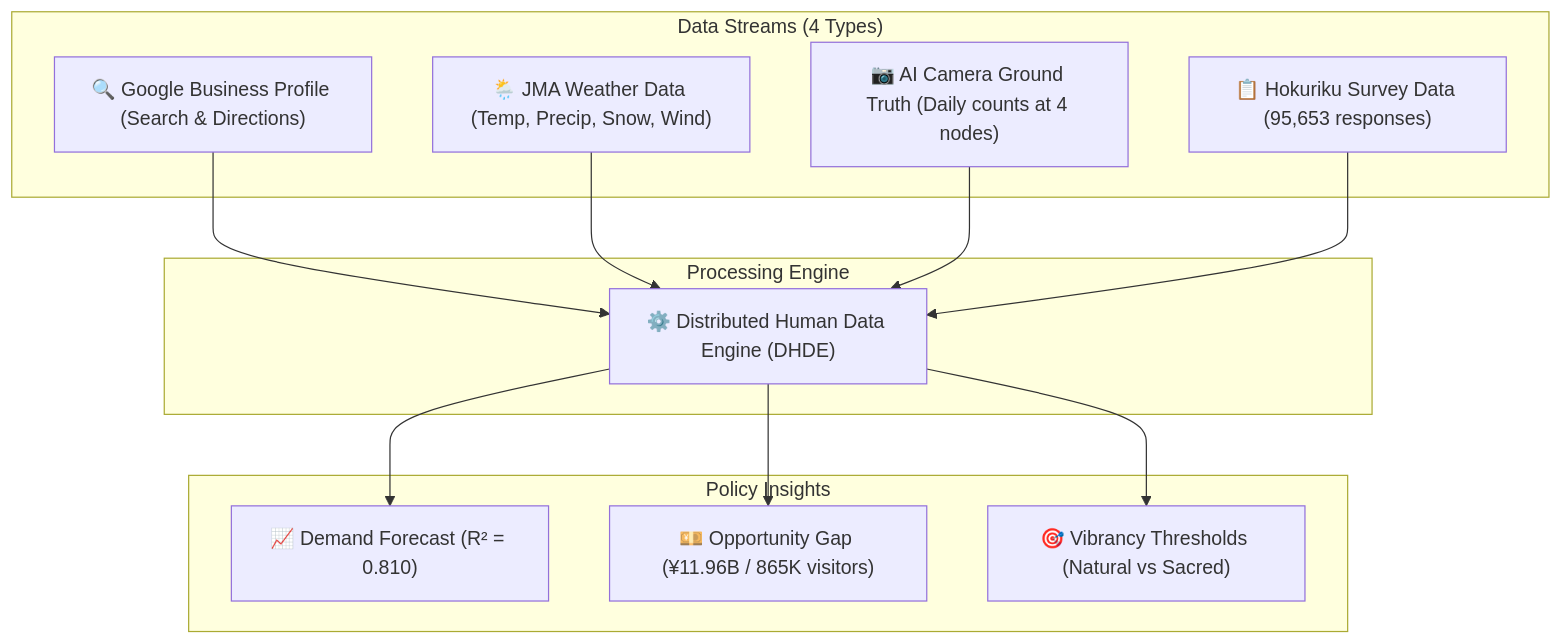
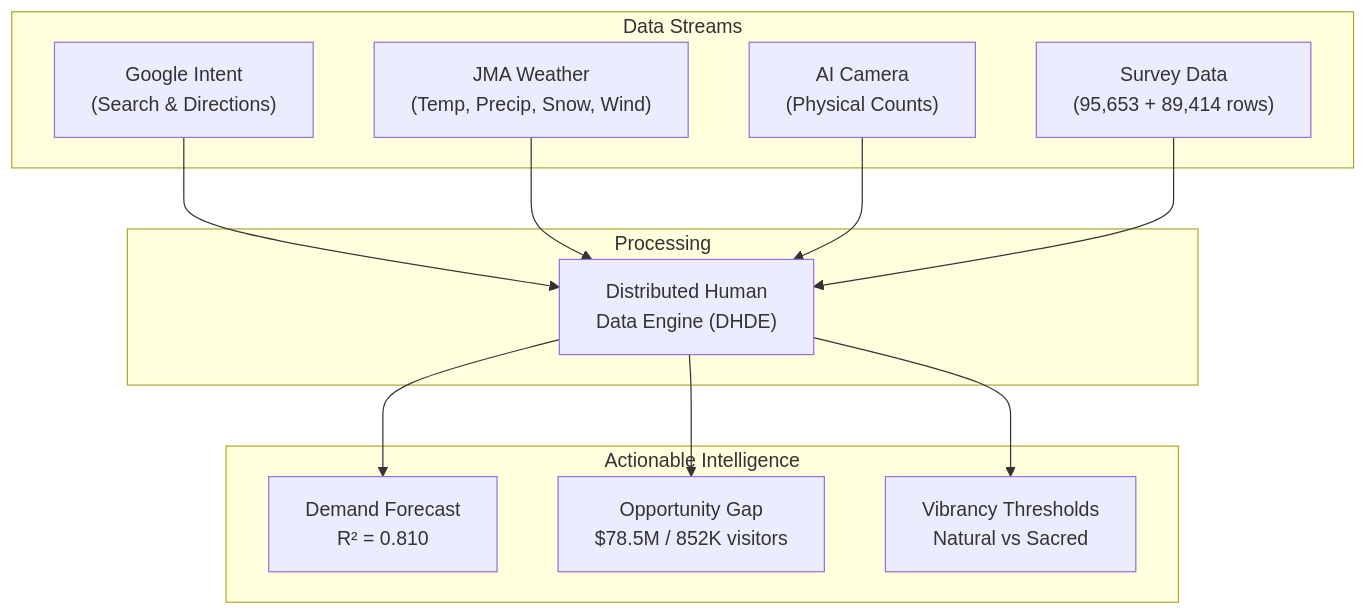
Before and after one commit to dinabelay-hub/hokuriku-tourism-ai-governance: the first of 2 diagrams in output/EXECUTIVE_REPORT.md, drawn with Mermaid. The commit also changed other lines of this file and 2 other files, not shown here.

````diff
--- a/output/EXECUTIVE_REPORT.md
+++ b/output/EXECUTIVE_REPORT.md
@@ -36,24 +18,24 @@
 ```mermaid
 graph TD
-	subgraph Inputs["Data Streams (4 Types)"]
-		G["🔍 Google Business Profile (Search & Directions)"]
-		W["🌦️ JMA Weather Data (Temp, Precip, Snow, Wind)"]
-		C["📷 AI Camera Ground Truth (Daily counts at 4 nodes)"]
-		S["📋 Hokuriku Survey Data (95,653 responses)"]
-	end
-	subgraph Engine["Processing Engine"]
-		M["⚙️ Distributed Human Data Engine (DHDE)"]
-	end
-	subgraph Outputs["Policy Insights"]
-		F["📈 Demand Forecast (R² = 0.810)"]
-		O["💴 Opportunity Gap (¥11.96B / 865K visitors)"]
-		V["🎯 Vibrancy Thresholds (Natural vs Sacred)"]
-	end
-	G --> M
-	W --> M
-	C --> M
-	S --> M
-	M --> F
-	M --> O
-	M --> V
+    subgraph Inputs["Data Streams"]
+        G["Google Intent<br/>(Search & Directions)"]
+        W["JMA Weather<br/>(Temp, Precip, Snow, Wind)"]
+        C["AI Camera<br/>(Physical Counts)"]
+        S["Survey Data<br/>(95,653 + 89,414 rows)"]
+    end
+    subgraph Engine["Processing"]
+        M["Distributed Human<br/>Data Engine (DHDE)"]
+    end
+    subgraph Outputs["Actionable Intelligence"]
+        F["Demand Forecast<br/>R² = 0.810"]
+        O["Opportunity Gap<br/>$78.5M / 852K visitors"]
+        V["Vibrancy Thresholds<br/>Natural vs Sacred"]
+    end
+    G --> M
+    W --> M
+    C --> M
+    S --> M
+    M --> F
+    M --> O
+    M --> V
 ```
````
